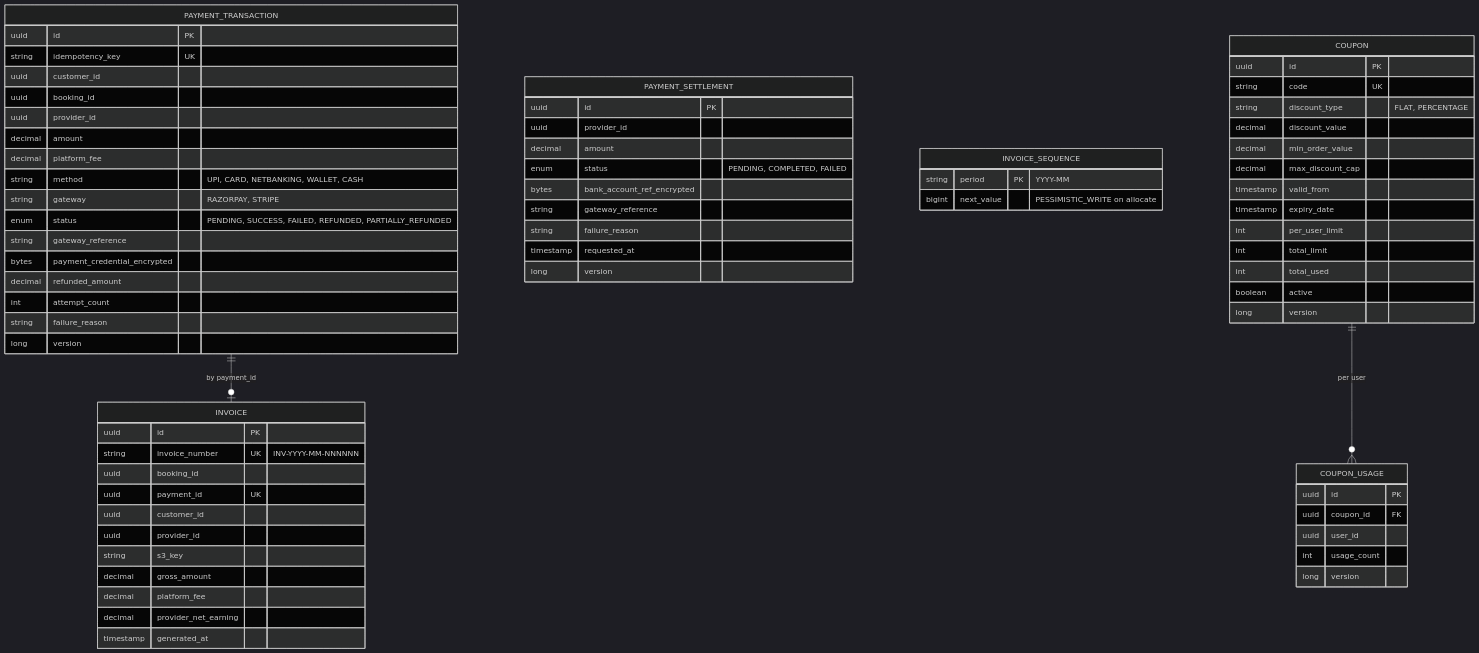
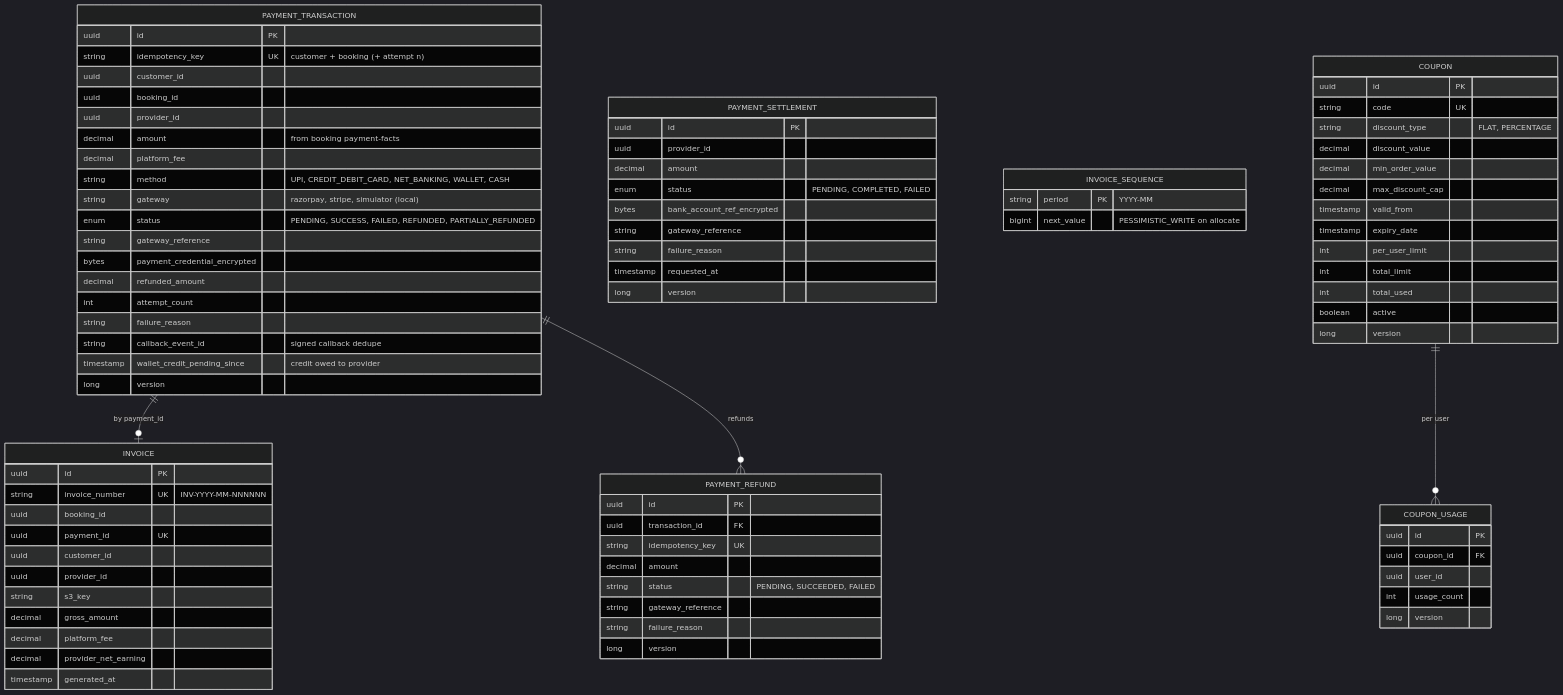
Diagram 18 of 28 in docs/ARCHITECTURE.md (KripaGIT009/home-fix), drawn with Mermaid (dark theme) before and after one commit. The commit also changed other lines of this file and 7 other files, not shown here.

````diff
--- a/docs/ARCHITECTURE.md
+++ b/docs/ARCHITECTURE.md
@@ -900,19 +1052,31 @@
 erDiagram
     PAYMENT_TRANSACTION {
         uuid id PK
-        string idempotency_key UK
+        string idempotency_key UK "customer + booking (+ attempt n)"
         uuid customer_id
         uuid booking_id
         uuid provider_id
-        decimal amount
+        decimal amount "from booking payment-facts"
         decimal platform_fee
-        string method "UPI, CARD, NETBANKING, WALLET, CASH"
-        string gateway "RAZORPAY, STRIPE"
+        string method "UPI, CREDIT_DEBIT_CARD, NET_BANKING, WALLET, CASH"
+        string gateway "razorpay, stripe, simulator (local)"
         enum status "PENDING, SUCCESS, FAILED, REFUNDED, PARTIALLY_REFUNDED"
         string gateway_reference
         bytes payment_credential_encrypted
         decimal refunded_amount
         int attempt_count
+        string failure_reason
+        string callback_event_id "signed callback dedupe"
+        timestamp wallet_credit_pending_since "credit owed to provider"
+        long version
+    }
+    PAYMENT_REFUND {
+        uuid id PK
+        uuid transaction_id FK
+        string idempotency_key UK
+        decimal amount
+        string status "PENDING, SUCCEEDED, FAILED"
+        string gateway_reference
         string failure_reason
         long version
     }
@@ -968,5 +1132,6 @@
     }
 
     PAYMENT_TRANSACTION ||--o| INVOICE : "by payment_id"
+    PAYMENT_TRANSACTION ||--o{ PAYMENT_REFUND : refunds
     COUPON ||--o{ COUPON_USAGE : "per user"
 ```
````
